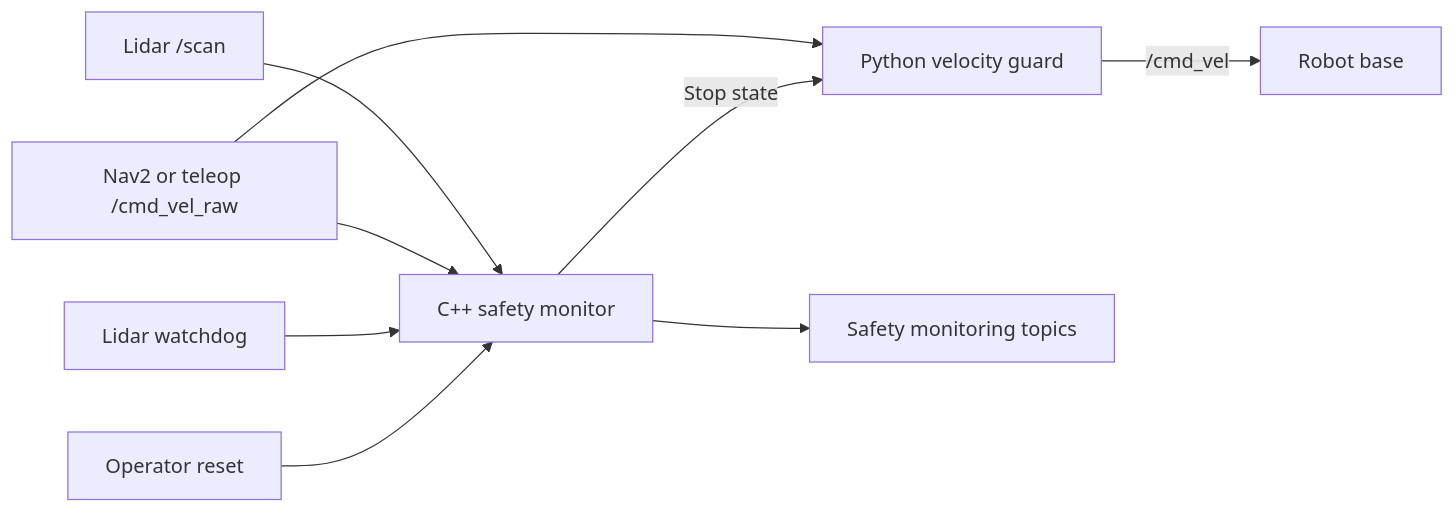
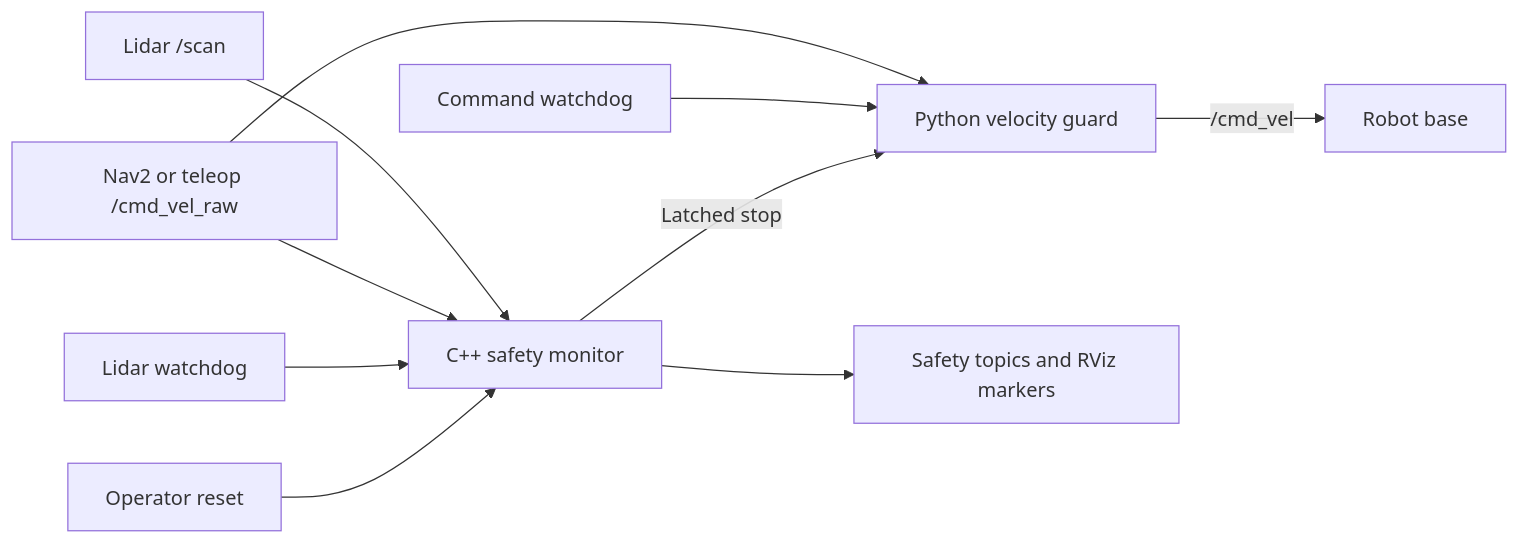
Before and after one commit to Harshpatel0812/ros2-lidar-safety-monitor: the diagram in README.md, drawn with Mermaid. The commit also changed other lines of this file and 9 other files, not shown here.

First line of the commit message:
feat: harden robot safety monitoring

````diff
--- a/README.md
+++ b/README.md
@@ -38,11 +45,13 @@
 ```mermaid
 flowchart LR
     L["Lidar /scan"] --> M["C++ safety monitor"]
     N["Nav2 or teleop /cmd_vel_raw"] --> M
     N --> G["Python velocity guard"]
-    W["Lidar watchdog"] --> M
-    M -->|"Stop state"| G
-    M --> D["Safety monitoring topics"]
+    LW["Lidar watchdog"] --> M
+    CW["Command watchdog"] --> G
+    M -->|"Latched stop"| G
+    M --> V["Safety topics and RViz markers"]
     G -->|"/cmd_vel"| R["Robot base"]
     U["Operator reset"] --> M
+
 ```
````
